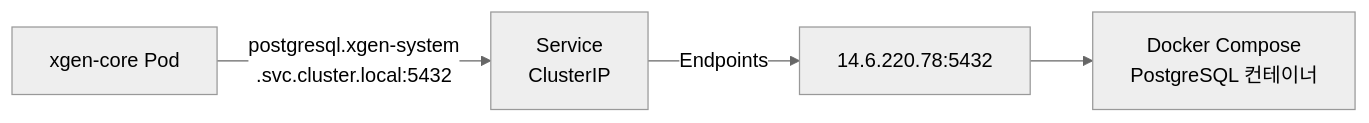
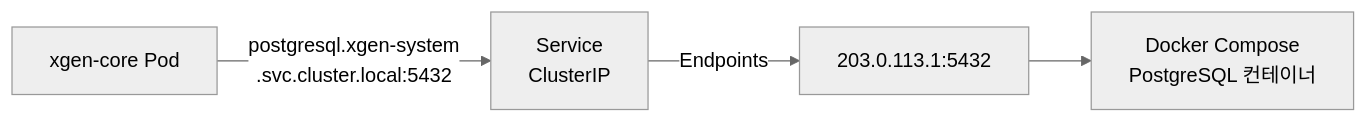
Before and after one commit to SonAIengine/sonblog: the second of 2 diagrams in docs/devops/infra/xgen-k3s-anatomy-1-docker-build-strategy.md, drawn with Mermaid (neutral theme). The commit also changed other lines of this file and 422 other files, not shown here.

````diff
--- a/docs/devops/infra/xgen-k3s-anatomy-1-docker-build-strategy.md
+++ b/docs/devops/infra/xgen-k3s-anatomy-1-docker-build-strategy.md
@@ -500,6 +500,6 @@
 ```mermaid
 flowchart LR
     A[xgen-core Pod] -->|postgresql.xgen-system<br/>.svc.cluster.local:5432| B[Service<br/>ClusterIP]
-    B -->|Endpoints| C[14.6.220.78:5432]
+    B -->|Endpoints| C[203.0.113.1:5432]
     C --> D[Docker Compose<br/>PostgreSQL 컨테이너]
 ```
````
